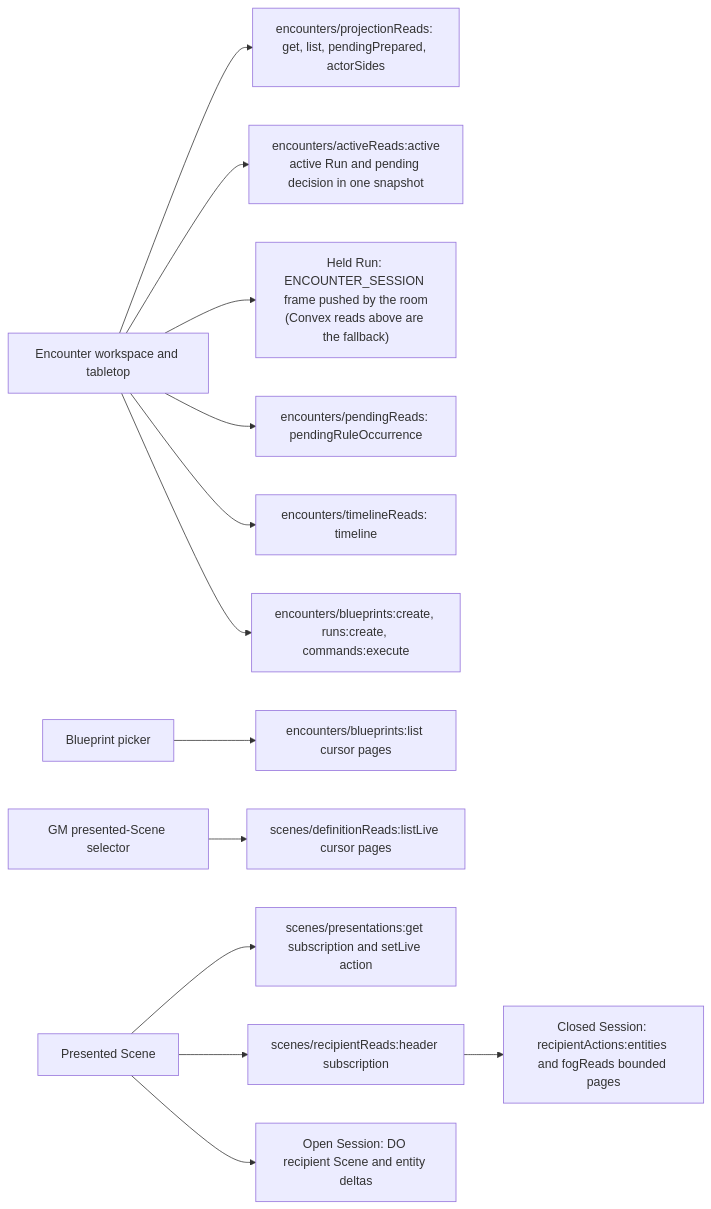
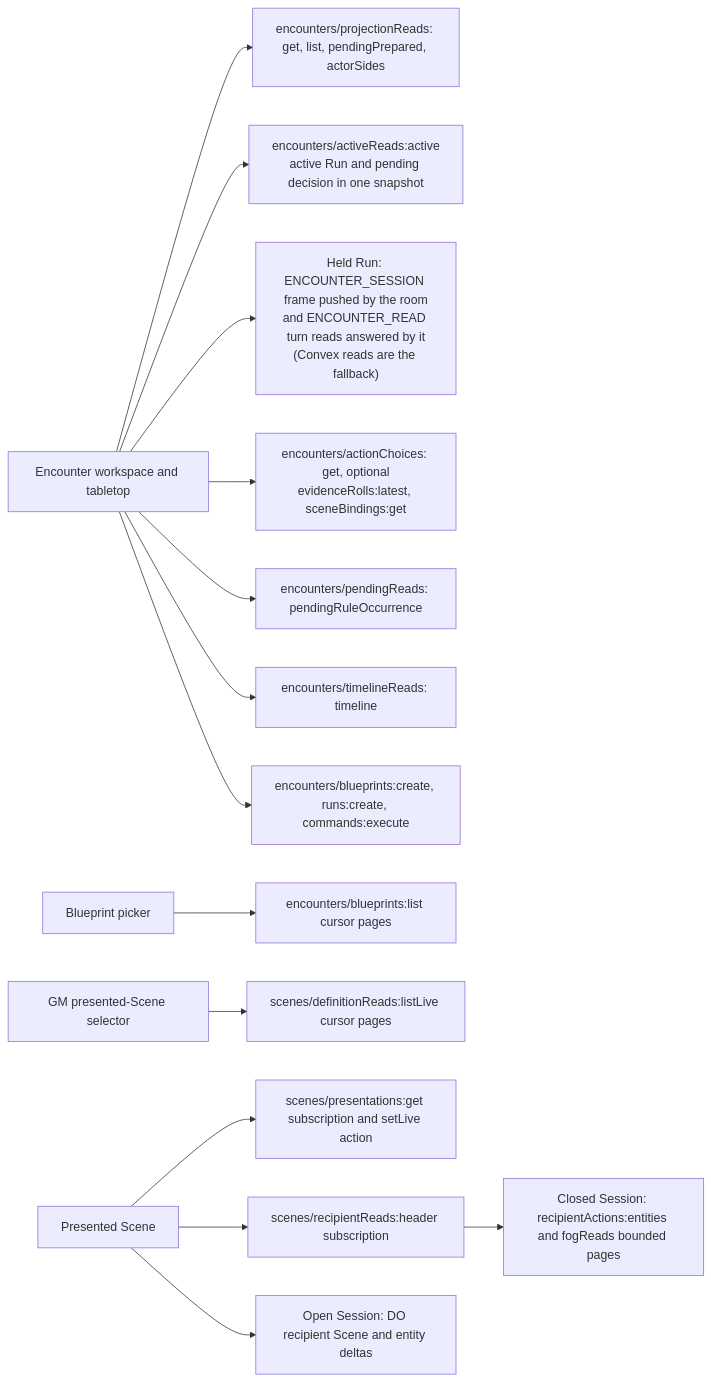
The third of 5 diagrams in docs/architecture/transport.md (MPiland/artificer-toolkit), drawn with Mermaid before and after one commit. The commit also changed other lines of this file and 62 other files, not shown here.

First line of the commit message:
Serve held turn reads from the room (VS-8)

````diff
--- a/docs/architecture/transport.md
+++ b/docs/architecture/transport.md
@@ -295,15 +295,16 @@
 ```mermaid
 flowchart LR
   Encounter["Encounter workspace and tabletop"] --> Reads["encounters/projectionReads: get, list, pendingPrepared, actorSides"]
   Encounter --> Session["encounters/activeReads:active<br/>active Run and pending decision in one snapshot"]
-  Encounter --> Held["Held Run: ENCOUNTER_SESSION frame pushed by the room<br/>(Convex reads above are the fallback)"]
+  Encounter --> Held["Held Run: ENCOUNTER_SESSION frame pushed by the room<br/>and ENCOUNTER_READ turn reads answered by it<br/>(Convex reads are the fallback)"]
+  Encounter --> TurnReads["encounters/actionChoices: get, optional<br/>evidenceRolls:latest, sceneBindings:get"]
   Encounter --> Pending["encounters/pendingReads: pendingRuleOccurrence"]
   Encounter --> Timeline["encounters/timelineReads: timeline"]
   Encounter --> Writes["encounters/blueprints:create, runs:create, commands:execute"]
   Blueprints["Blueprint picker"] --> Pages["encounters/blueprints:list cursor pages"]
   Selector["GM presented-Scene selector"] --> Scenes["scenes/definitionReads:listLive cursor pages"]
   Tabletop["Presented Scene"] --> Presentation["scenes/presentations:get subscription and setLive action"]
   Tabletop --> Header["scenes/recipientReads:header subscription"]
   Tabletop --> Room["Open Session: DO recipient Scene and entity deltas"]
   Header --> Hydration["Closed Session: recipientActions:entities and fogReads bounded pages"]
 ```
````
